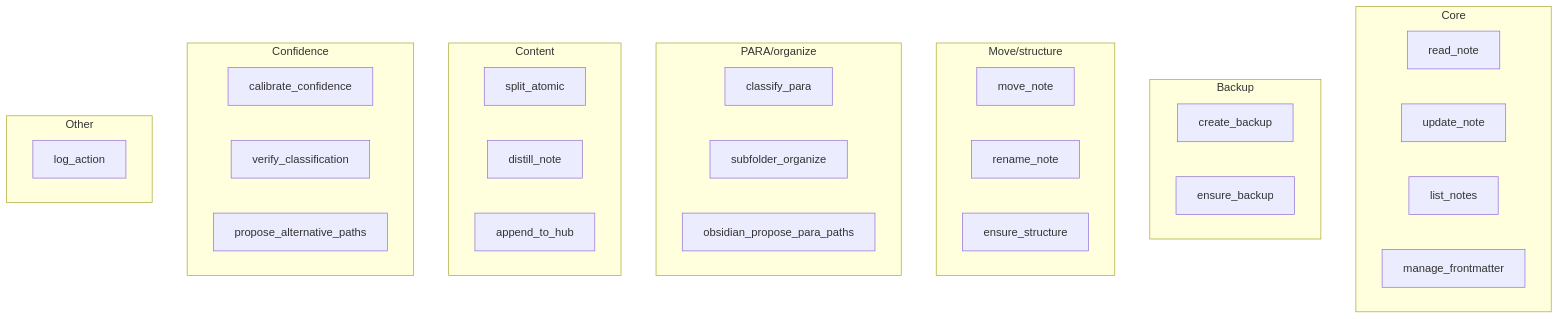
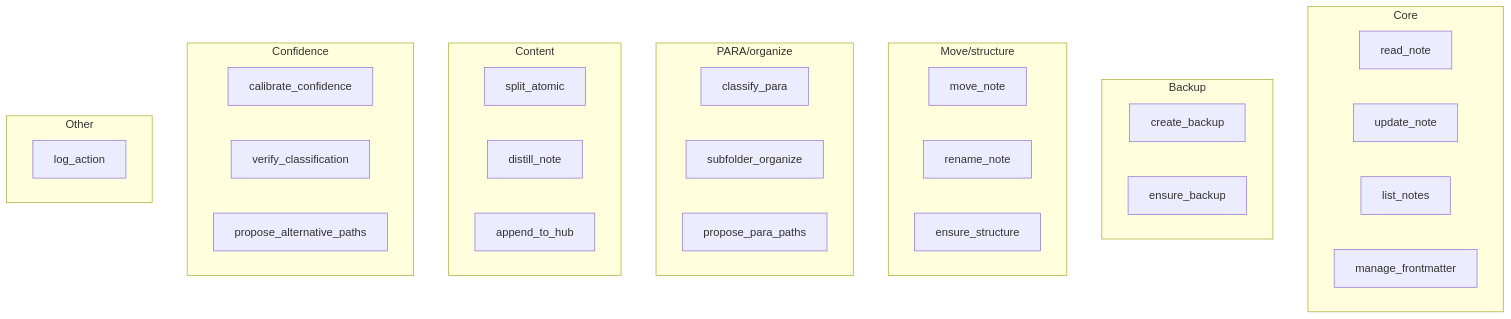
Before and after one commit to L0RDTH0TH/genesis-mythos-master-roadmap: the fourth of 8 diagrams in 3-Resources/Second-Brain/Second-Brain-User-Flows/System-Diagram-Mid-Level.md, drawn with Mermaid. The commit also changed 3337 other files, not shown here.

````diff
--- a/3-Resources/Second-Brain/Second-Brain-User-Flows/System-Diagram-Mid-Level.md
+++ b/3-Resources/Second-Brain/Second-Brain-User-Flows/System-Diagram-Mid-Level.md
@@ -119,36 +119,36 @@
 ```mermaid
 flowchart TB
   subgraph Core [Core]
     read_note[read_note]
     update_note[update_note]
     list_notes[list_notes]
     manage_frontmatter[manage_frontmatter]
   end
   subgraph Backup [Backup]
     create_backup[create_backup]
     ensure_backup[ensure_backup]
   end
   subgraph Move [Move/structure]
     move_note[move_note]
     rename_note[rename_note]
     ensure_structure[ensure_structure]
   end
   subgraph PARA [PARA/organize]
     classify_para[classify_para]
     subfolder_organize[subfolder_organize]
-    propose_para_paths[obsidian_propose_para_paths]
+    propose_para_paths[propose_para_paths]
   end
   subgraph Content [Content]
     split_atomic[split_atomic]
     distill_note[distill_note]
     append_to_hub[append_to_hub]
   end
   subgraph Confidence [Confidence]
     calibrate_confidence[calibrate_confidence]
     verify_classification[verify_classification]
     propose_alternative_paths[propose_alternative_paths]
   end
   subgraph Other [Other]
     log_action[log_action]
   end
 ```
````
